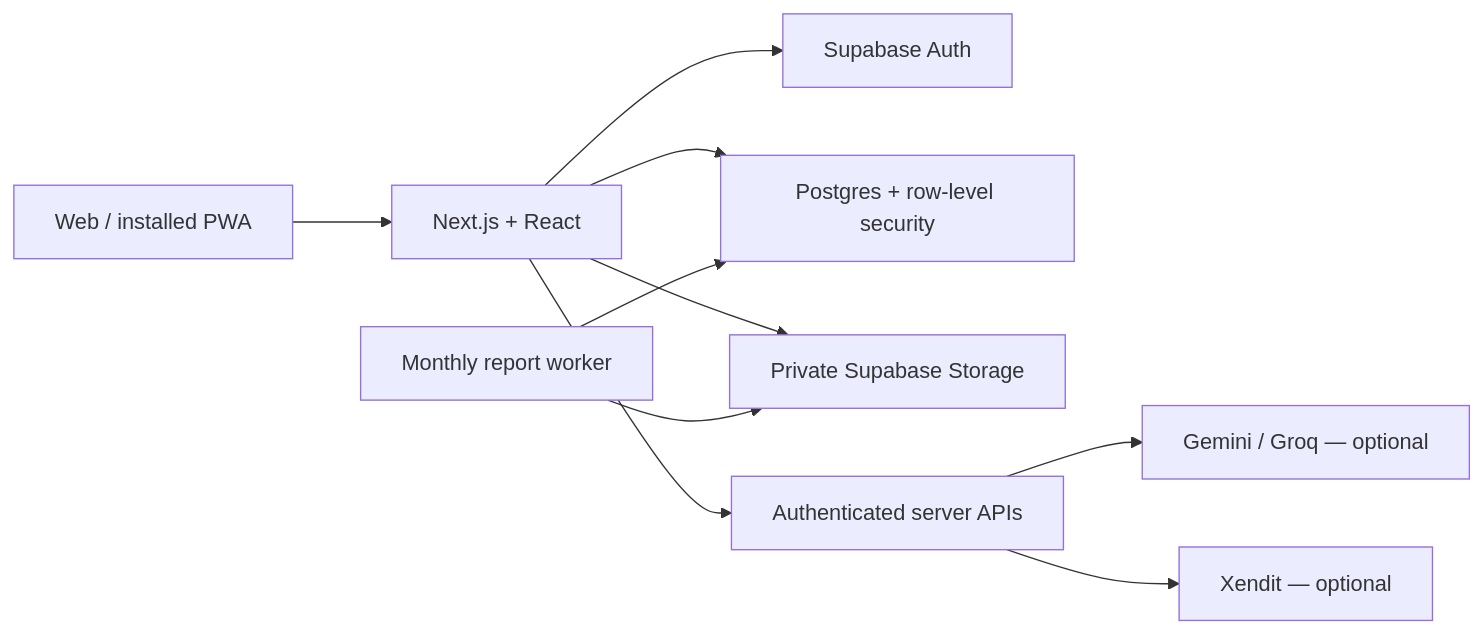
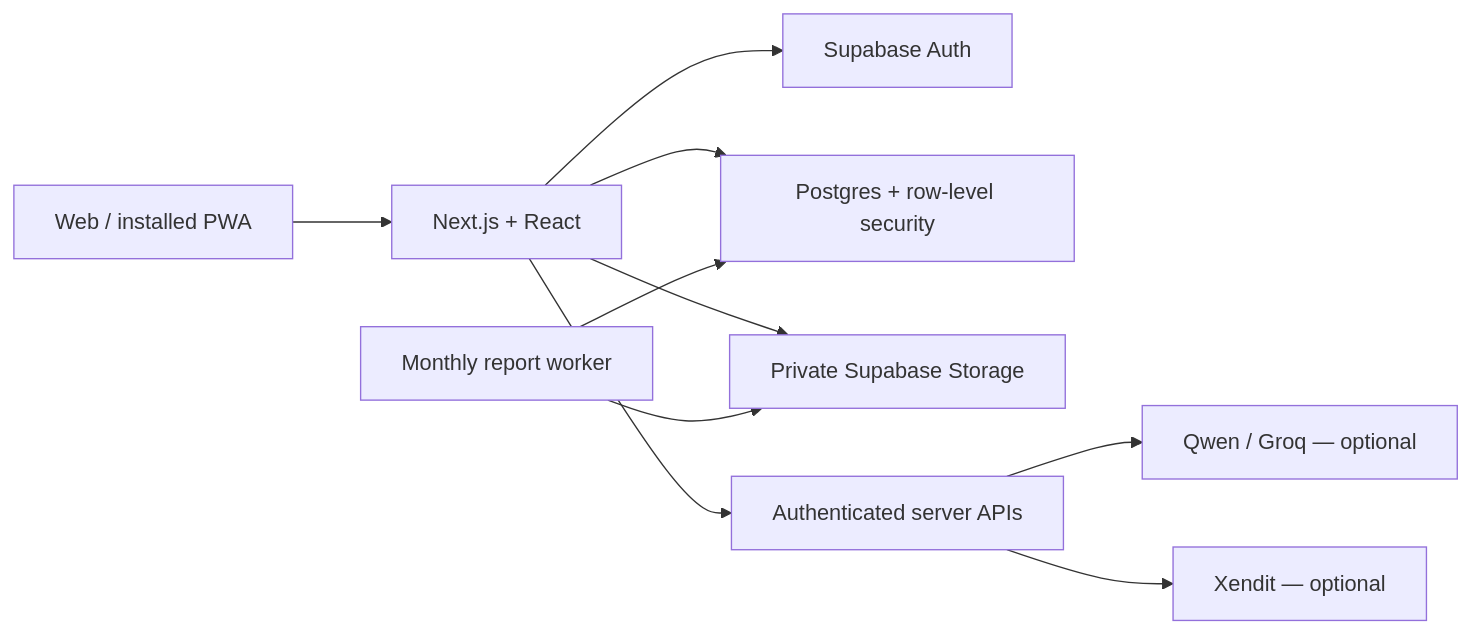
The diagram in README.md (kuchikamizake05/DuitLo), drawn with Mermaid before and after one commit. The commit also changed other lines of this file and 16 other files, not shown here.

````diff
--- a/README.md
+++ b/README.md
@@ -76,12 +76,12 @@
 ```mermaid
 flowchart LR
     User[Web / installed PWA] --> App[Next.js + React]
     App --> Auth[Supabase Auth]
     App --> DB[Postgres + row-level security]
     App --> Storage[Private Supabase Storage]
     App --> API[Authenticated server APIs]
-    API --> AI[Gemini / Groq — optional]
+    API --> AI[Qwen / Groq — optional]
     API --> Billing[Xendit — optional]
     Worker[Monthly report worker] --> DB
     Worker --> Storage
 ```
````
